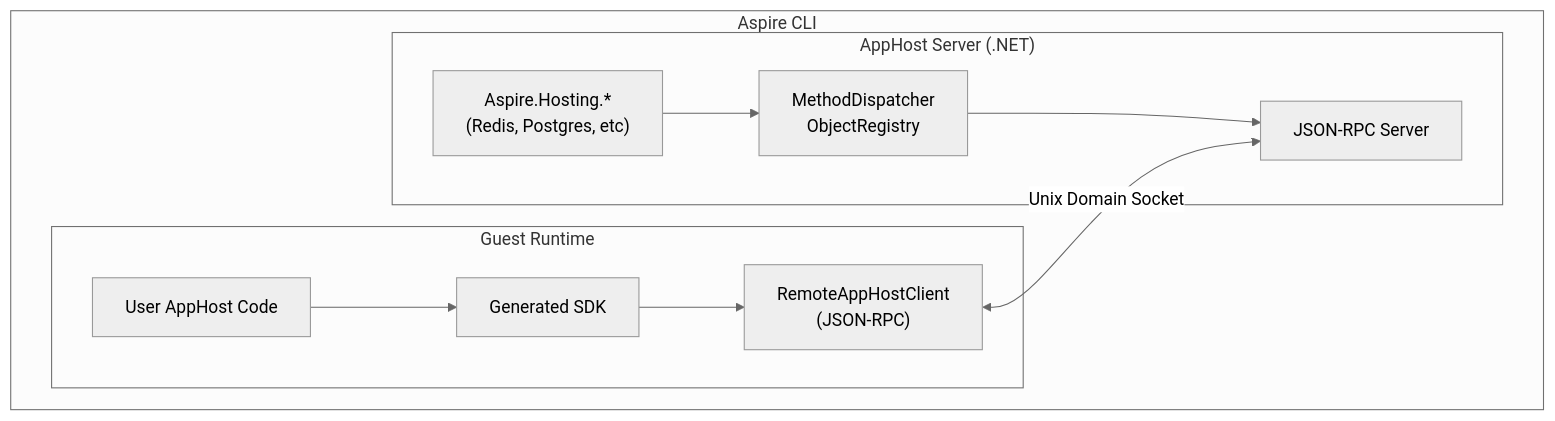
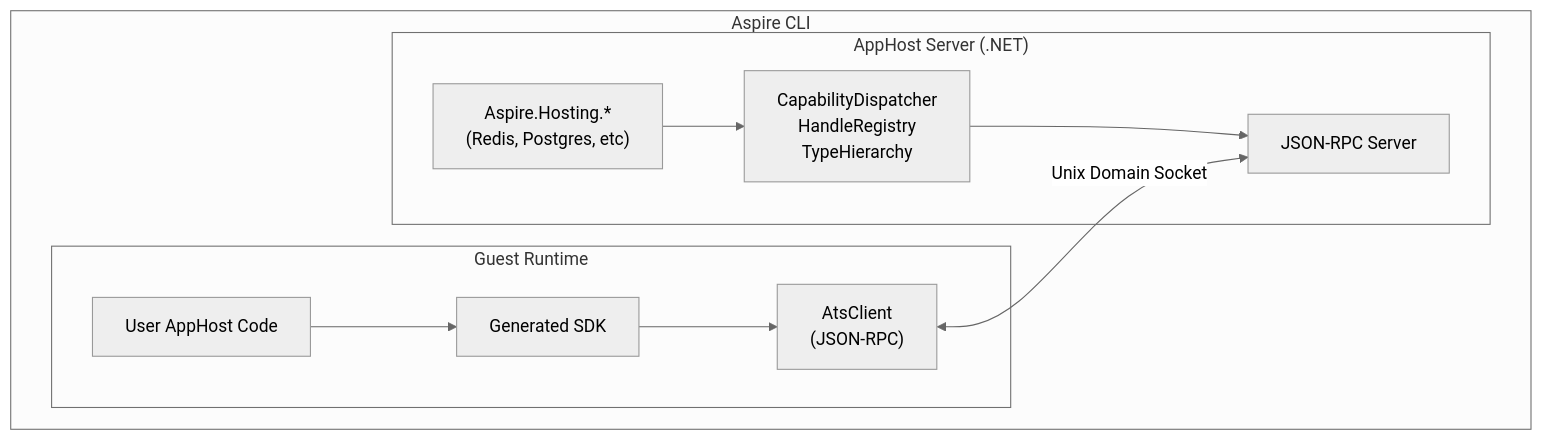
Before and after one commit to dotnet/aspire: the first of 3 diagrams in docs/specs/polyglot-apphost.md, drawn with Mermaid (neutral theme). The commit also changed other lines of this file and 36 other files, not shown here.

````diff
--- a/docs/specs/polyglot-apphost.md
+++ b/docs/specs/polyglot-apphost.md
@@ -43,20 +55,20 @@
 ```mermaid
 flowchart TB
     subgraph CLI["Aspire CLI"]
         subgraph Host["AppHost Server (.NET)"]
             Hosting["Aspire.Hosting.*<br/>(Redis, Postgres, etc)"]
-            Processor["MethodDispatcher<br/>ObjectRegistry"]
+            Dispatcher["CapabilityDispatcher<br/>HandleRegistry<br/>TypeHierarchy"]
             Server["JSON-RPC Server"]
-            Hosting --> Processor --> Server
+            Hosting --> Dispatcher --> Server
         end
 
         subgraph Guest["Guest Runtime"]
             SDK["Generated SDK"]
-            Client["RemoteAppHostClient<br/>(JSON-RPC)"]
+            Client["AtsClient<br/>(JSON-RPC)"]
             UserCode["User AppHost Code"]
             UserCode --> SDK --> Client
         end
 
         Client <-->|"Unix Domain Socket"| Server
     end
 ```
````
